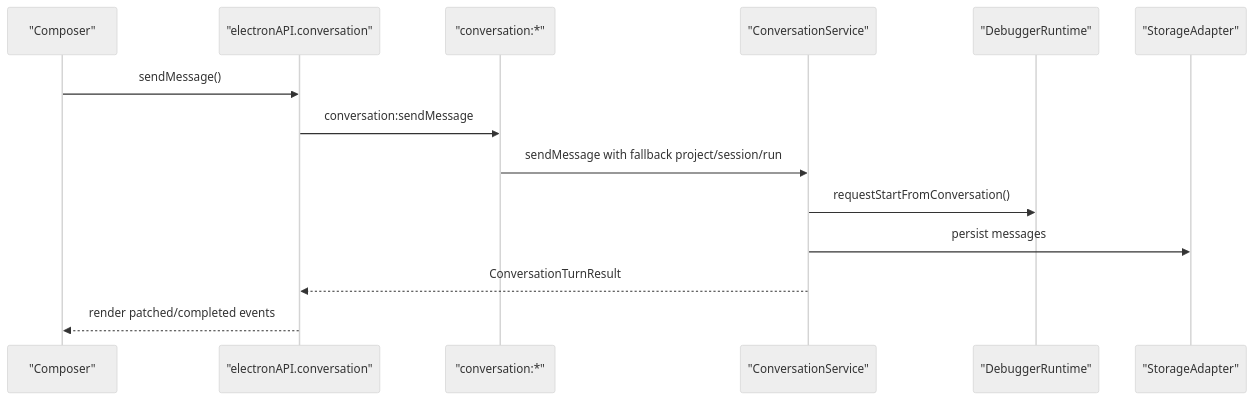
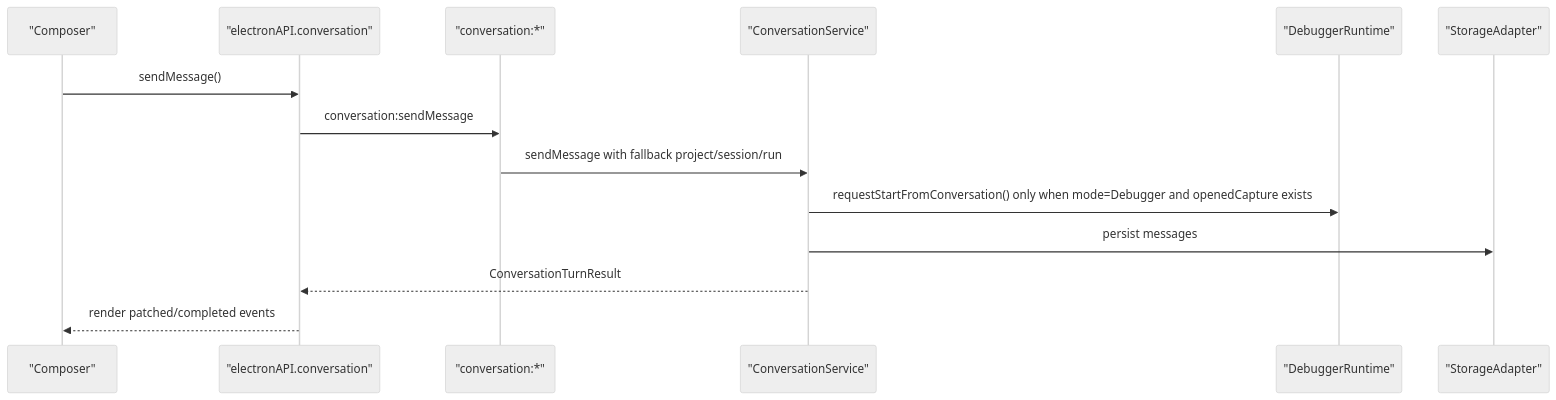
The fourth of 6 diagrams in docs/architecture/data-flow.md (haolange/RDC-Agent), drawn with Mermaid (neutral theme) before and after one commit. The commit also changed other lines of this file and 74 other files, not shown here.

````diff
--- a/docs/architecture/data-flow.md
+++ b/docs/architecture/data-flow.md
@@ -99,17 +101,17 @@
 ```mermaid
 sequenceDiagram
   participant Composer as "Composer"
   participant API as "electronAPI.conversation"
   participant IPC as "conversation:*"
   participant Service as "ConversationService"
   participant Runtime as "DebuggerRuntime"
   participant Store as "StorageAdapter"
 
   Composer->>API: sendMessage()
   API->>IPC: conversation:sendMessage
   IPC->>Service: sendMessage with fallback project/session/run
-  Service->>Runtime: requestStartFromConversation()
+  Service->>Runtime: requestStartFromConversation() only when mode=Debugger and openedCapture exists
   Service->>Store: persist messages
   Service-->>API: ConversationTurnResult
   API-->>Composer: render patched/completed events
 ```
````
